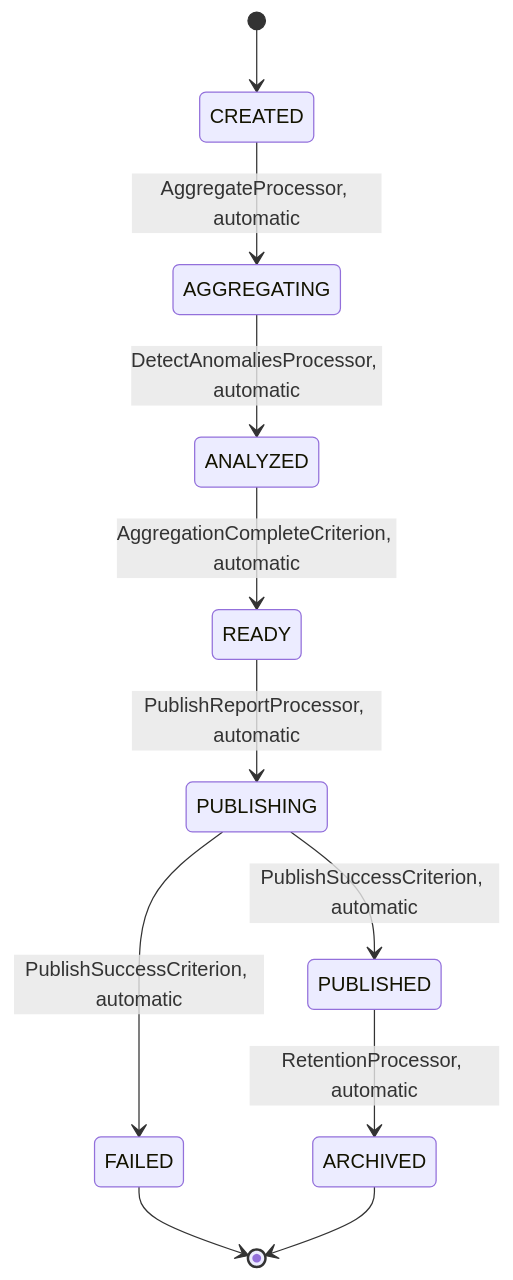
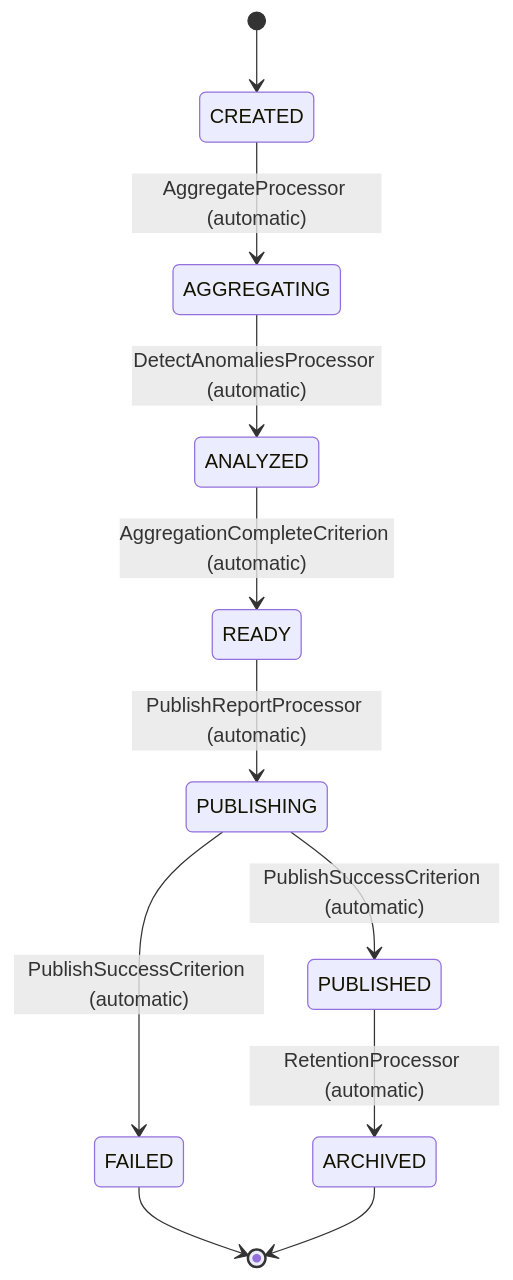
Before and after one commit to Cyoda-platform/java-client-template: the third of 3 diagrams in src/main/java/com/java_template/prototype/functional_requirement.md, drawn with Mermaid. The commit also changed other lines of this file, not shown here.

````diff
--- a/src/main/java/com/java_template/prototype/functional_requirement.md
+++ b/src/main/java/com/java_template/prototype/functional_requirement.md
@@ -109,13 +209,13 @@
 ```mermaid
 stateDiagram-v2
     [*] --> CREATED
-    CREATED --> AGGREGATING : AggregateProcessor, automatic
-    AGGREGATING --> ANALYZED : DetectAnomaliesProcessor, automatic
-    ANALYZED --> READY : AggregationCompleteCriterion, automatic
-    READY --> PUBLISHING : PublishReportProcessor, automatic
-    PUBLISHING --> PUBLISHED : PublishSuccessCriterion, automatic
-    PUBLISHING --> FAILED : PublishSuccessCriterion, automatic
-    PUBLISHED --> ARCHIVED : RetentionProcessor, automatic
+    CREATED --> AGGREGATING : AggregateProcessor (automatic)
+    AGGREGATING --> ANALYZED : DetectAnomaliesProcessor (automatic)
+    ANALYZED --> READY : AggregationCompleteCriterion (automatic)
+    READY --> PUBLISHING : PublishReportProcessor (automatic)
+    PUBLISHING --> PUBLISHED : PublishSuccessCriterion (automatic)
+    PUBLISHING --> FAILED : PublishSuccessCriterion (automatic)
+    PUBLISHED --> ARCHIVED : RetentionProcessor (automatic)
     FAILED --> [*]
     ARCHIVED --> [*]
 ```
````
